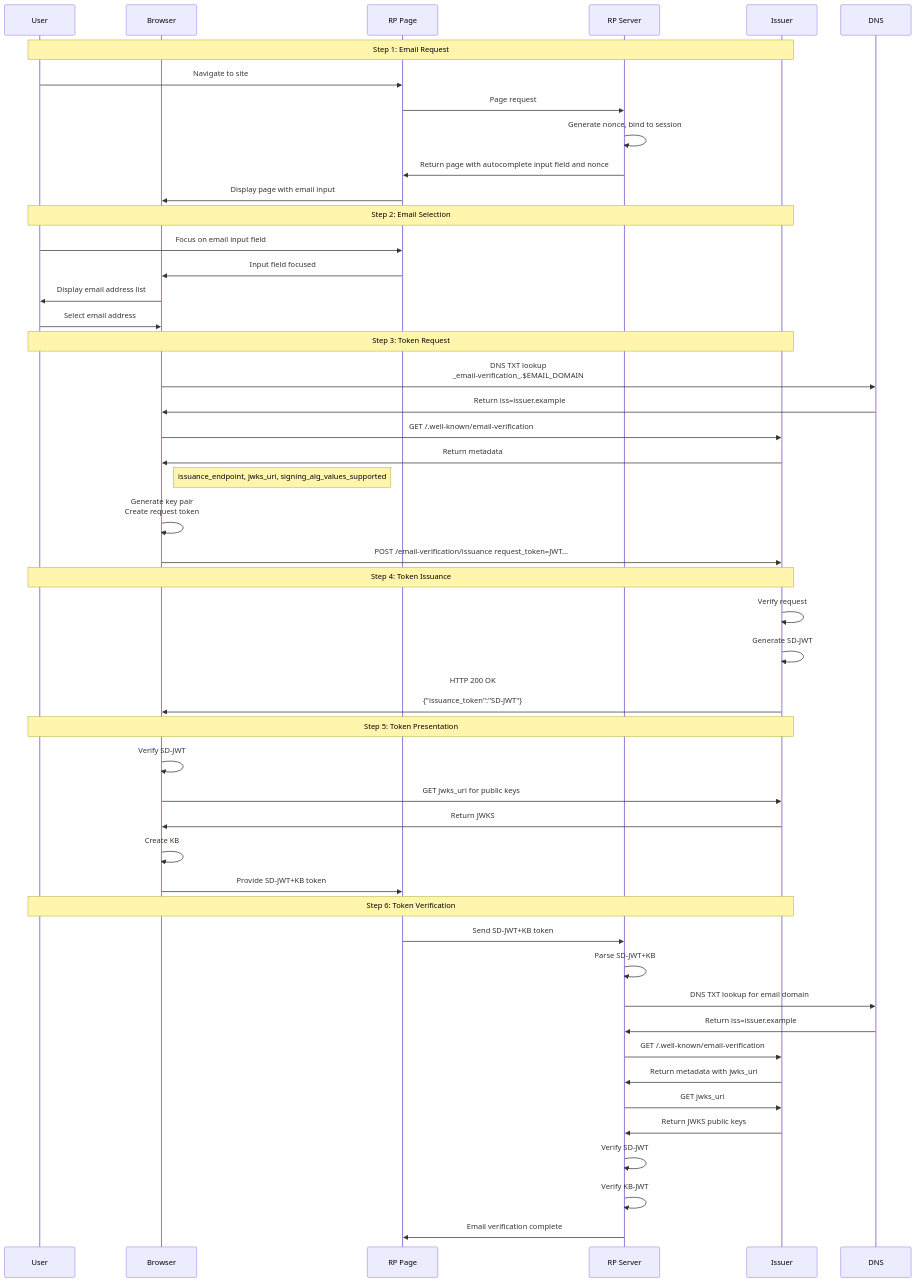
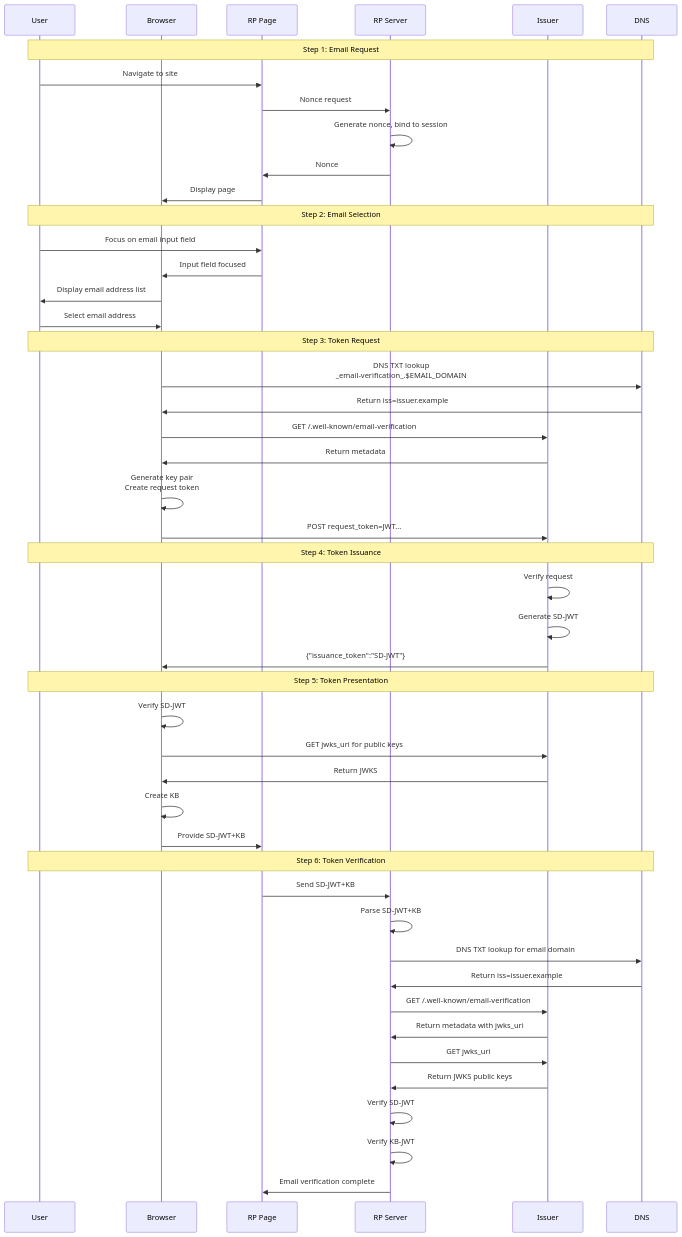
Before and after one commit to dickhardt/email-verification-protocol: the diagram in README.md, drawn with Mermaid. The commit also changed other lines of this file, not shown here.

Commit message:
Update README.md to clarify sequence diagram steps in the email verification process, ensuring consistent terminology and improving readability. Adjust formatting and enhance descriptions for better understanding of token handling and issuance.

````diff
--- a/README.md
+++ b/README.md
@@ -39,56 +40,55 @@
 ```mermaid
 sequenceDiagram
     participant U as User
     participant B as Browser
     participant RP as RP Page
     participant RPS as RP Server
     participant I as Issuer
     participant DNS as DNS
 
-    Note over U,I: Step 1: Email Request
+    Note over U,DNS: Step 1: Email Request
     U->>RP: Navigate to site
-    RP->>RPS: Page request
+    RP->>RPS: Nonce request
     RPS->>RPS: Generate nonce, bind to session
-    RPS->>RP: Return page with autocomplete input field and nonce
-    RP->>B: Display page with email input
+    RPS->>RP: Nonce
+    RP->>B: Display page 
 
-    Note over U,I: Step 2: Email Selection
+    Note over U,DNS: Step 2: Email Selection
     U->>RP: Focus on email input field
     RP->>B: Input field focused
     B->>U: Display email address list
     U->>B: Select email address
 
-    Note over U,I: Step 3: Token Request
+    Note over U,DNS: Step 3: Token Request
     B->>DNS: DNS TXT lookup<br/>_email-verification_.$EMAIL_DOMAIN
     DNS->>B: Return iss=issuer.example
     B->>I: GET /.well-known/email-verification
     I->>B: Return metadata
-    Note right of B: issuance_endpoint, jwks_uri, signing_alg_values_supported
     B->>B: Generate key pair<br/>Create request token
-    B->>I: POST /email-verification/issuance request_token=JWT...
+    B->>I: POST request_token=JWT...
 
-    Note over U,I: Step 4: Token Issuance
+    Note over U,DNS: Step 4: Token Issuance
     I->>I: Verify request
     I->>I: Generate SD-JWT
-    I->>B: HTTP 200 OK<br/><br/>{"issuance_token":"SD-JWT"}
+    I->>B: {"issuance_token":"SD-JWT"}
 
-    Note over U,I: Step 5: Token Presentation
+    Note over U,DNS: Step 5: Token Presentation
     B->>B: Verify SD-JWT
     B->>I: GET jwks_uri for public keys
     I->>B: Return JWKS
     B->>B: Create KB
-    B->>RP: Provide SD-JWT+KB token
+    B->>RP: Provide SD-JWT+KB
 
-    Note over U,I: Step 6: Token Verification
-    RP->>RPS: Send SD-JWT+KB token
+    Note over U,DNS: Step 6: Token Verification
+    RP->>RPS: Send SD-JWT+KB 
     RPS->>RPS: Parse SD-JWT+KB
     RPS->>DNS: DNS TXT lookup for email domain
     DNS->>RPS: Return iss=issuer.example
     RPS->>I: GET /.well-known/email-verification
     I->>RPS: Return metadata with jwks_uri
     RPS->>I: GET jwks_uri
     I->>RPS: Return JWKS public keys
     RPS->>RPS: Verify SD-JWT
     RPS->>RPS: Verify KB-JWT
     RPS->>RP: Email verification complete
 ```
````
